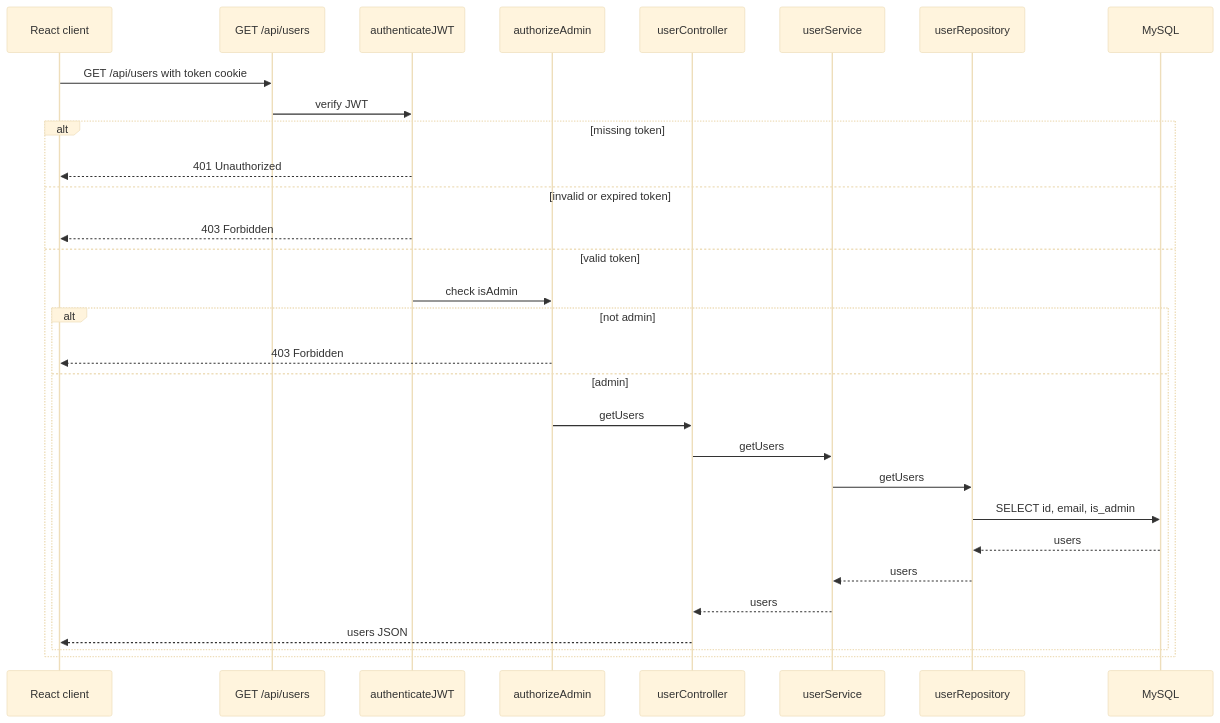
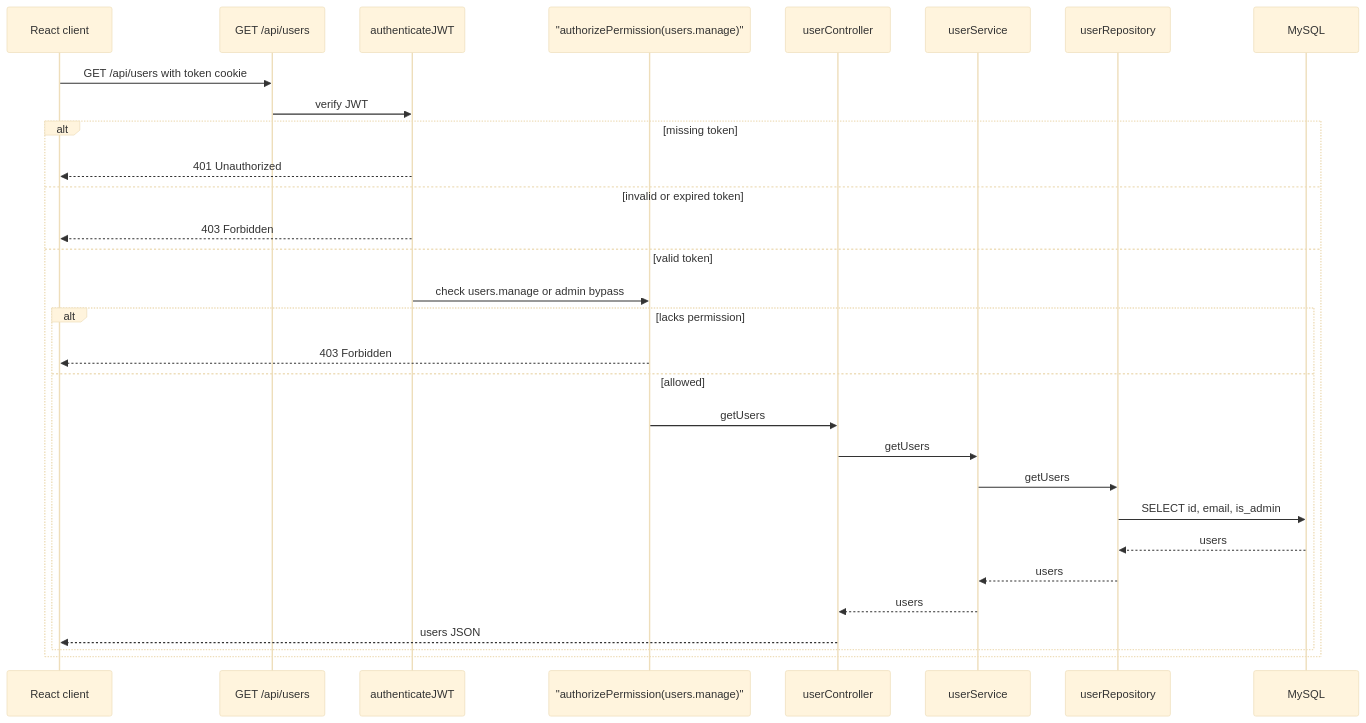
Before and after one commit to besmarques/React-Express-Mysql: diagram 11 of 11 in docs/architecture.md, drawn with Mermaid (base theme). The commit also changed other lines of this file and 77 other files, not shown here.

````diff
--- a/docs/architecture.md
+++ b/docs/architecture.md
@@ -499,33 +515,33 @@
 ```mermaid
 sequenceDiagram
     participant Client as React client
     participant API as GET /api/users
     participant Auth as authenticateJWT
-    participant Admin as authorizeAdmin
+    participant Permission as "authorizePermission(users.manage)"
     participant Controller as userController
     participant Service as userService
     participant Repo as userRepository
     participant DB as MySQL
 
     Client->>API: GET /api/users with token cookie
     API->>Auth: verify JWT
     alt missing token
         Auth-->>Client: 401 Unauthorized
     else invalid or expired token
         Auth-->>Client: 403 Forbidden
     else valid token
-        Auth->>Admin: check isAdmin
-        alt not admin
-            Admin-->>Client: 403 Forbidden
-        else admin
-            Admin->>Controller: getUsers
+        Auth->>Permission: check users.manage or admin bypass
+        alt lacks permission
+            Permission-->>Client: 403 Forbidden
+        else allowed
+            Permission->>Controller: getUsers
             Controller->>Service: getUsers
             Service->>Repo: getUsers
             Repo->>DB: SELECT id, email, is_admin
             DB-->>Repo: users
             Repo-->>Service: users
             Service-->>Controller: users
             Controller-->>Client: users JSON
         end
     end
 ```
````
